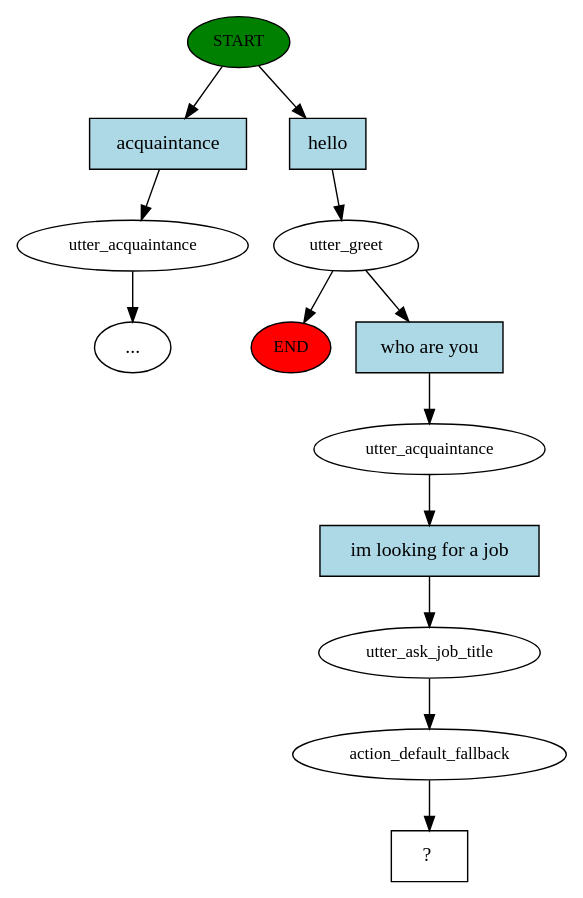
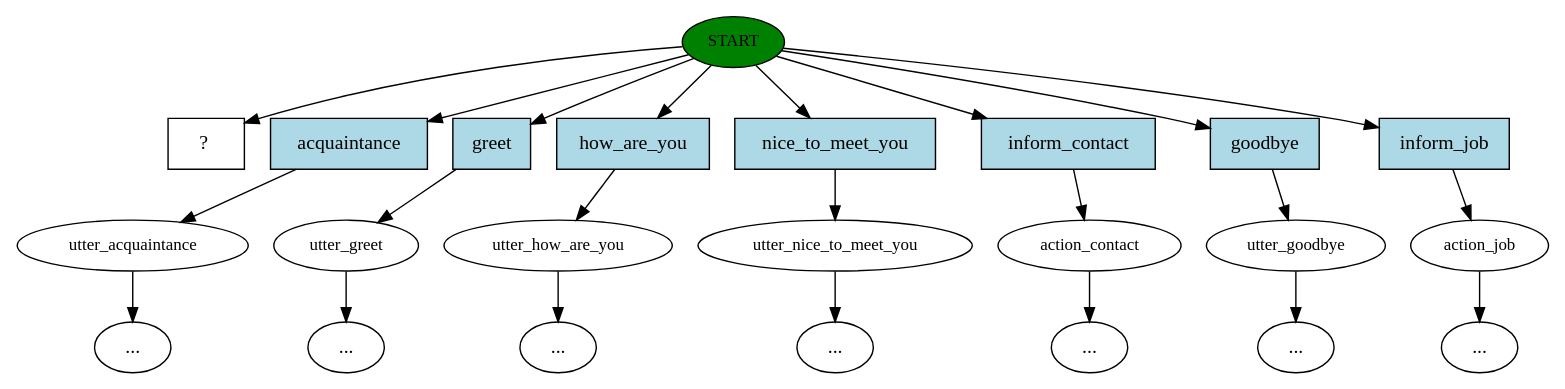
One commit to karimBg/job_bot changed the diagram in story_graph.dot. Above: the diagram before and after it, drawn with Graphviz. The commit also changed 21 other files, not shown here.

```diff
--- a/story_graph.dot
+++ b/story_graph.dot
@@ -1,27 +1,47 @@
 digraph  {
 0 [class="start active", fillcolor=green, fontsize=12, label=START, style=filled];
-"-1" [class=end, fillcolor=red, fontsize=12, label=END, style=filled];
 1 [class="", fontsize=12, label=utter_acquaintance];
 "-3" [class=ellipsis, label="..."];
-2 [class=active, fontsize=12, label=utter_greet];
-4 [class=active, fontsize=12, label=utter_acquaintance];
-5 [class=active, fontsize=12, label=utter_ask_job_title];
-6 [class=active, fontsize=12, label=action_default_fallback];
-7 [class="intent dashed active", label="  ?  ", shape=rect];
-8 [class=intent, fillcolor=lightblue, label=acquaintance, shape=rect, style=filled];
-9 [class="intent active", fillcolor=lightblue, label=hello, shape=rect, style=filled];
-10 [class="intent active", fillcolor=lightblue, label="who are you", shape=rect, style=filled];
-11 [class="intent active", fillcolor=lightblue, label="im looking for a job", shape=rect, style=filled];
-0 -> 8  [class="", key=0];
-0 -> 9  [class=active, key=0];
+2 [class="", fontsize=12, label=utter_greet];
+"-4" [class=ellipsis, label="..."];
+3 [class="", fontsize=12, label=utter_how_are_you];
+"-5" [class=ellipsis, label="..."];
+4 [class="", fontsize=12, label=utter_nice_to_meet_you];
+"-6" [class=ellipsis, label="..."];
+5 [class="", fontsize=12, label=action_contact];
+"-7" [class=ellipsis, label="..."];
+6 [class="", fontsize=12, label=utter_goodbye];
+"-8" [class=ellipsis, label="..."];
+7 [class="", fontsize=12, label=action_job];
+"-9" [class=ellipsis, label="..."];
+8 [class="intent dashed active", label="  ?  ", shape=rect];
+9 [class=intent, fillcolor=lightblue, label=acquaintance, shape=rect, style=filled];
+10 [class=intent, fillcolor=lightblue, label=greet, shape=rect, style=filled];
+11 [class=intent, fillcolor=lightblue, label=how_are_you, shape=rect, style=filled];
+12 [class=intent, fillcolor=lightblue, label=nice_to_meet_you, shape=rect, style=filled];
+13 [class=intent, fillcolor=lightblue, label=inform_contact, shape=rect, style=filled];
+14 [class=intent, fillcolor=lightblue, label=goodbye, shape=rect, style=filled];
+15 [class=intent, fillcolor=lightblue, label=inform_job, shape=rect, style=filled];
+0 -> 8  [class=active, key=NONE, label=""];
+0 -> 9  [class="", key=0];
+0 -> 10  [class="", key=0];
+0 -> 11  [class="", key=0];
+0 -> 12  [class="", key=0];
+0 -> 13  [class="", key=0];
+0 -> 14  [class="", key=0];
+0 -> 15  [class="", key=0];
 1 -> "-3"  [class="", key=NONE, label=""];
-2 -> "-1"  [class="", key=NONE, label=""];
-2 -> 10  [class=active, key=0];
-4 -> 11  [class=active, key=0];
-5 -> 6  [class=active, key=NONE, label=""];
-6 -> 7  [class=active, key=NONE, label=""];
-8 -> 1  [class="", key=0];
-9 -> 2  [class=active, key=0];
-10 -> 4  [class=active, key=0];
-11 -> 5  [class=active, key=0];
+2 -> "-4"  [class="", key=NONE, label=""];
+3 -> "-5"  [class="", key=NONE, label=""];
+4 -> "-6"  [class="", key=NONE, label=""];
+5 -> "-7"  [class="", key=NONE, label=""];
+6 -> "-8"  [class="", key=NONE, label=""];
+7 -> "-9"  [class="", key=NONE, label=""];
+9 -> 1  [class="", key=0];
+10 -> 2  [class="", key=0];
+11 -> 3  [class="", key=0];
+12 -> 4  [class="", key=0];
+13 -> 5  [class="", key=0];
+14 -> 6  [class="", key=0];
+15 -> 7  [class="", key=0];
 }
```
